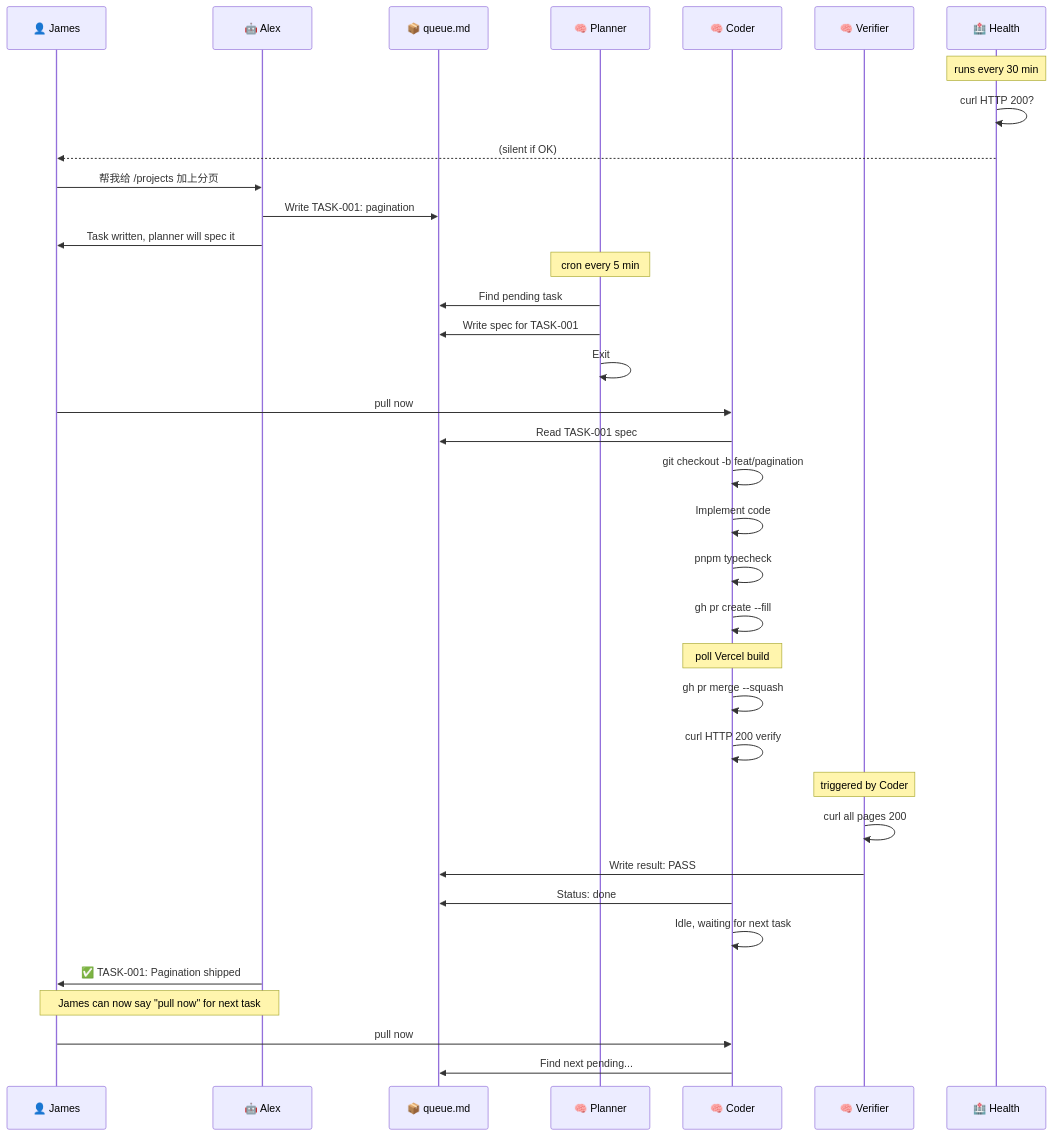
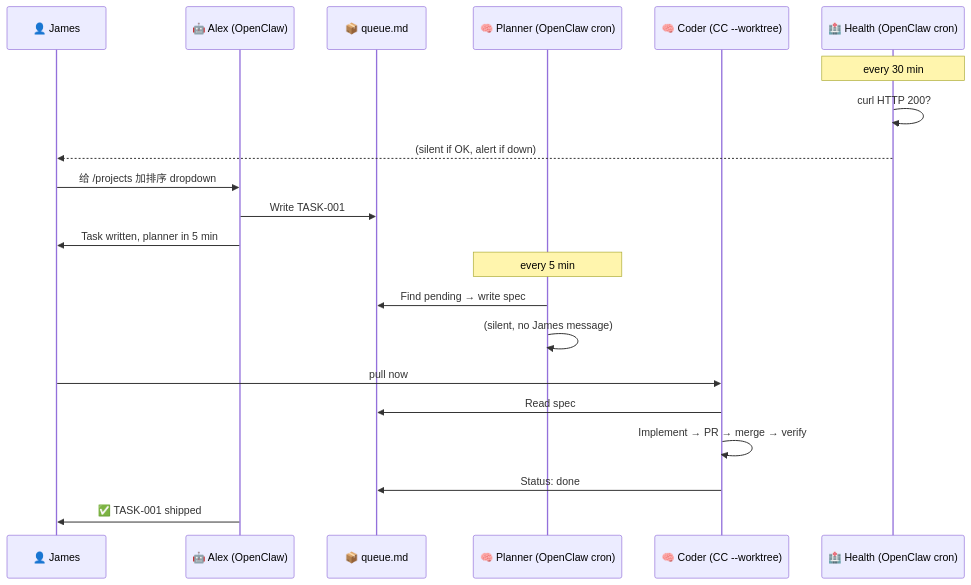
The third of 3 diagrams in doc/AUTOMATION_SYSTEM.md (JamesHuang22/product-tracer), drawn with Mermaid before and after one commit. The commit also changed other lines of this file and 1 other file, not shown here.

Commit message:
docs: final v2 — all OpenClaw cron, no CC --bg, single Coder

````diff
--- a/doc/AUTOMATION_SYSTEM.md
+++ b/doc/AUTOMATION_SYSTEM.md
@@ -350,45 +255,28 @@
 ```mermaid
 sequenceDiagram
     participant J as 👤 James
-    participant A as 🤖 Alex
+    participant A as 🤖 Alex (OpenClaw)
     participant Q as 📦 queue.md
-    participant P as 🧠 Planner
-    participant C as 🧠 Coder
-    participant V as 🧠 Verifier
-    participant H as 🏥 Health
+    participant P as 🧠 Planner (OpenClaw cron)
+    participant C as 🧠 Coder (CC --worktree)
+    participant H as 🏥 Health (OpenClaw cron)
 
-    Note over H: runs every 30 min
+    Note over H: every 30 min
     H->>H: curl HTTP 200?
-    H-->>J: (silent if OK)
+    H-->>J: (silent if OK, alert if down)
 
-    J->>A: 帮我给 /projects 加上分页
-    A->>Q: Write TASK-001: pagination
-    A->>J: Task written, planner will spec it
+    J->>A: 给 /projects 加排序 dropdown
+    A->>Q: Write TASK-001
+    A->>J: Task written, planner in 5 min
 
-    Note over P: cron every 5 min
-    P->>Q: Find pending task
-    P->>Q: Write spec for TASK-001
-    P->>P: Exit
+    Note over P: every 5 min
+    P->>Q: Find pending → write spec
+    P->>P: (silent, no James message)
 
     J->>C: pull now
-    C->>Q: Read TASK-001 spec
-    C->>C: git checkout -b feat/pagination
-    C->>C: Implement code
-    C->>C: pnpm typecheck
-    C->>C: gh pr create --fill
-    Note over C: poll Vercel build
-    C->>C: gh pr merge --squash
-    C->>C: curl HTTP 200 verify
+    C->>Q: Read spec
+    C->>C: Implement → PR → merge → verify
+    C->>Q: Status: done
 
-    Note over V: triggered by Coder
-    V->>V: curl all pages 200
-    V->>Q: Write result: PASS
-
-    C->>Q: Status: done
-    C->>C: Idle, waiting for next task
-    A->>J: ✅ TASK-001: Pagination shipped
-
-    Note over J,A: James can now say "pull now" for next task
-    J->>C: pull now
-    C->>Q: Find next pending...
+    A->>J: ✅ TASK-001 shipped
 ```
````
